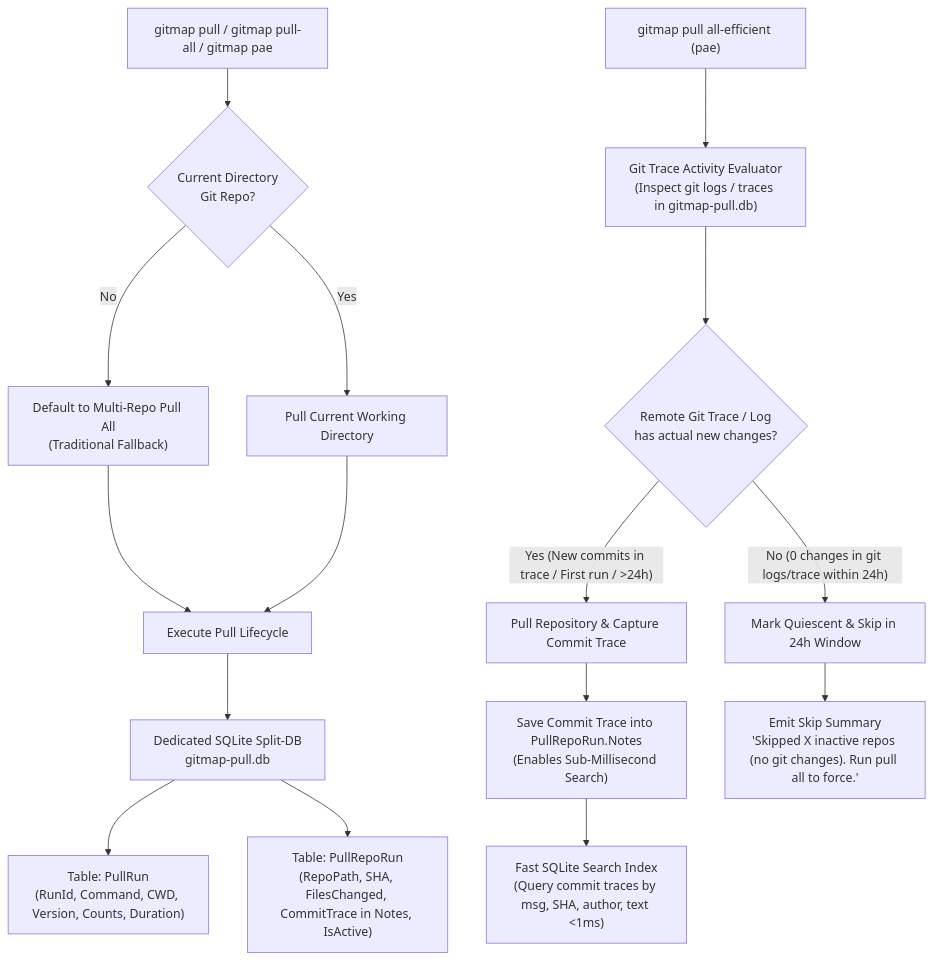
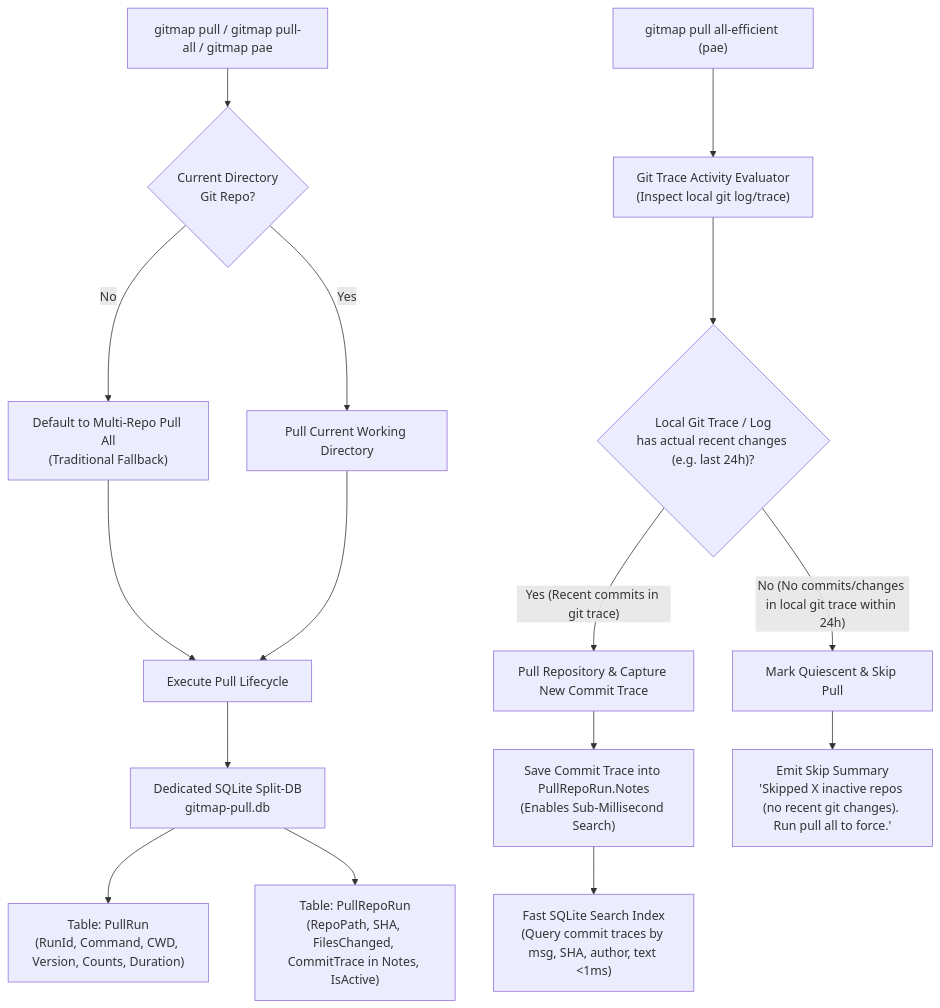
Before and after one commit to alimtvnetwork/gitmap-v28: the diagram in 02-spec/21-app/136-git-pull-efficient-and-split-database.md, drawn with Mermaid. The commit also changed other lines of this file and 12 other files, not shown here.

Commit message:
feat(pae/pe): use local git log for pae and auto-dispatch agy for pe

````diff
--- a/02-spec/21-app/136-git-pull-efficient-and-split-database.md
+++ b/02-spec/21-app/136-git-pull-efficient-and-split-database.md
@@ -28,22 +28,22 @@
 ```mermaid
 flowchart TD
     A["gitmap pull / gitmap pull-all / gitmap pae"] --> B{"Current Directory<br/>Git Repo?"}
     B -- "No" --> C["Default to Multi-Repo Pull All<br/>(Traditional Fallback)"]
     B -- "Yes" --> D["Pull Current Working Directory"]
     
     C --> E["Execute Pull Lifecycle"]
     D --> E
     
     E --> F["Dedicated SQLite Split-DB<br/>gitmap-pull.db"]
     F --> G["Table: PullRun<br/>(RunId, Command, CWD, Version, Counts, Duration)"]
     F --> H["Table: PullRepoRun<br/>(RepoPath, SHA, FilesChanged, CommitTrace in Notes, IsActive)"]
     
-    I["gitmap pull all-efficient (pae)"] --> J["Git Trace Activity Evaluator<br/>(Inspect git logs / traces in gitmap-pull.db)"]
-    J --> K{"Remote Git Trace / Log<br/>has actual new changes?"}
-    K -- "No (0 changes in git logs/trace within 24h)" --> L["Mark Quiescent & Skip in 24h Window"]
-    K -- "Yes (New commits in trace / First run / >24h)" --> M["Pull Repository & Capture Commit Trace"]
+    I["gitmap pull all-efficient (pae)"] --> J["Git Trace Activity Evaluator<br/>(Inspect local git log/trace)"]
+    J --> K{"Local Git Trace / Log<br/>has actual recent changes (e.g. last 24h)?"}
+    K -- "No (No commits/changes in local git trace within 24h)" --> L["Mark Quiescent & Skip Pull"]
+    K -- "Yes (Recent commits in git trace)" --> M["Pull Repository & Capture New Commit Trace"]
     
     M --> N["Save Commit Trace into PullRepoRun.Notes<br/>(Enables Sub-Millisecond Search)"]
-    L --> O["Emit Skip Summary<br/>'Skipped X inactive repos (no git changes). Run pull all to force.'"]
+    L --> O["Emit Skip Summary<br/>'Skipped X inactive repos (no recent git changes). Run pull all to force.'"]
     N --> P["Fast SQLite Search Index<br/>(Query commit traces by msg, SHA, author, text <1ms)"]
 ```
````
